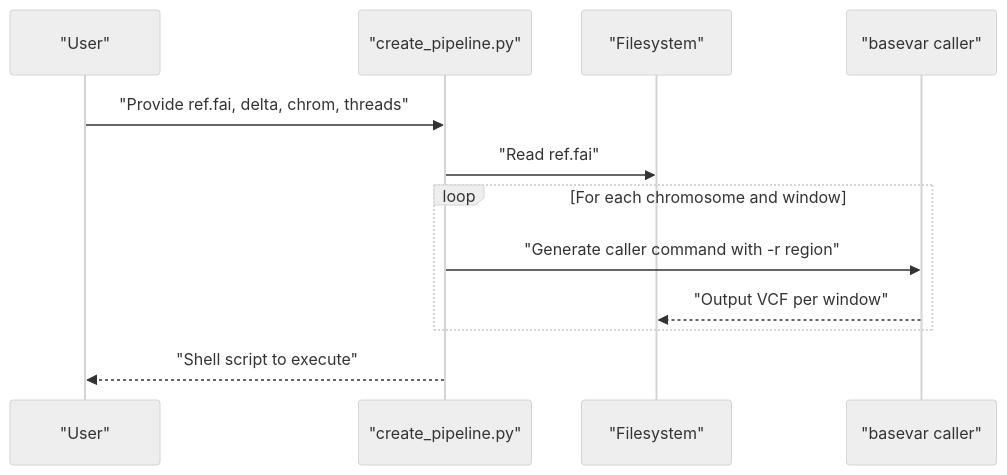
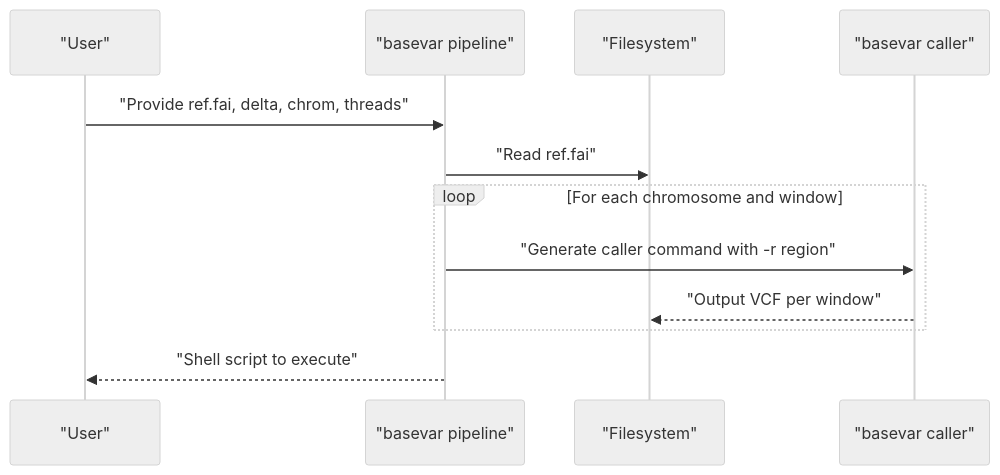
Before and after one commit to ShujiaHuang/BaseVar2: the sixth of 7 diagrams in docs/repowiki/en/content/Project Overview/Project Overview.md, drawn with Mermaid (neutral theme). The commit also changed other lines of this file and 9 other files, not shown here.

First line of the commit message:
refactor: remove scripts/create_pipeline.py (superseded by basevar pipeline C++ subcommand)

````diff
--- a/docs/repowiki/en/content/Project Overview/Project Overview.md
+++ b/docs/repowiki/en/content/Project Overview/Project Overview.md
@@ -289,14 +284,14 @@
 ```mermaid
 sequenceDiagram
 participant User as "User"
-participant Script as "create_pipeline.py"
+participant Pipe as "basevar pipeline"
 participant FS as "Filesystem"
 participant Exec as "basevar caller"
-User->>Script : "Provide ref.fai, delta, chrom, threads"
-Script->>FS : "Read ref.fai"
+User->>Pipe : "Provide ref.fai, delta, chrom, threads"
+Pipe->>FS : "Read ref.fai"
 loop For each chromosome and window
-Script->>Exec : "Generate caller command with -r region"
+Pipe->>Exec : "Generate caller command with -r region"
 Exec-->>FS : "Output VCF per window"
 end
-Script-->>User : "Shell script to execute"
+Pipe-->>User : "Shell script to execute"
 ```
````
